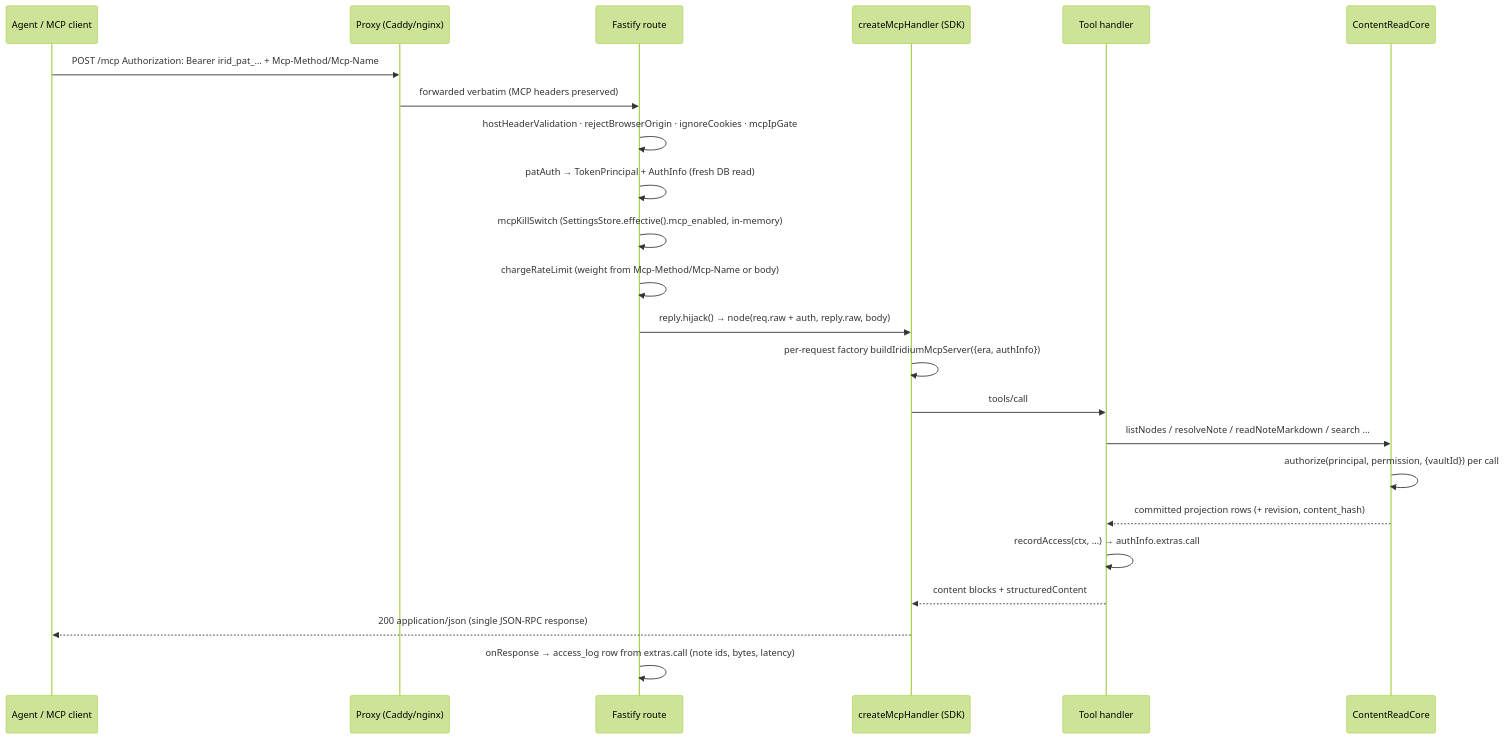
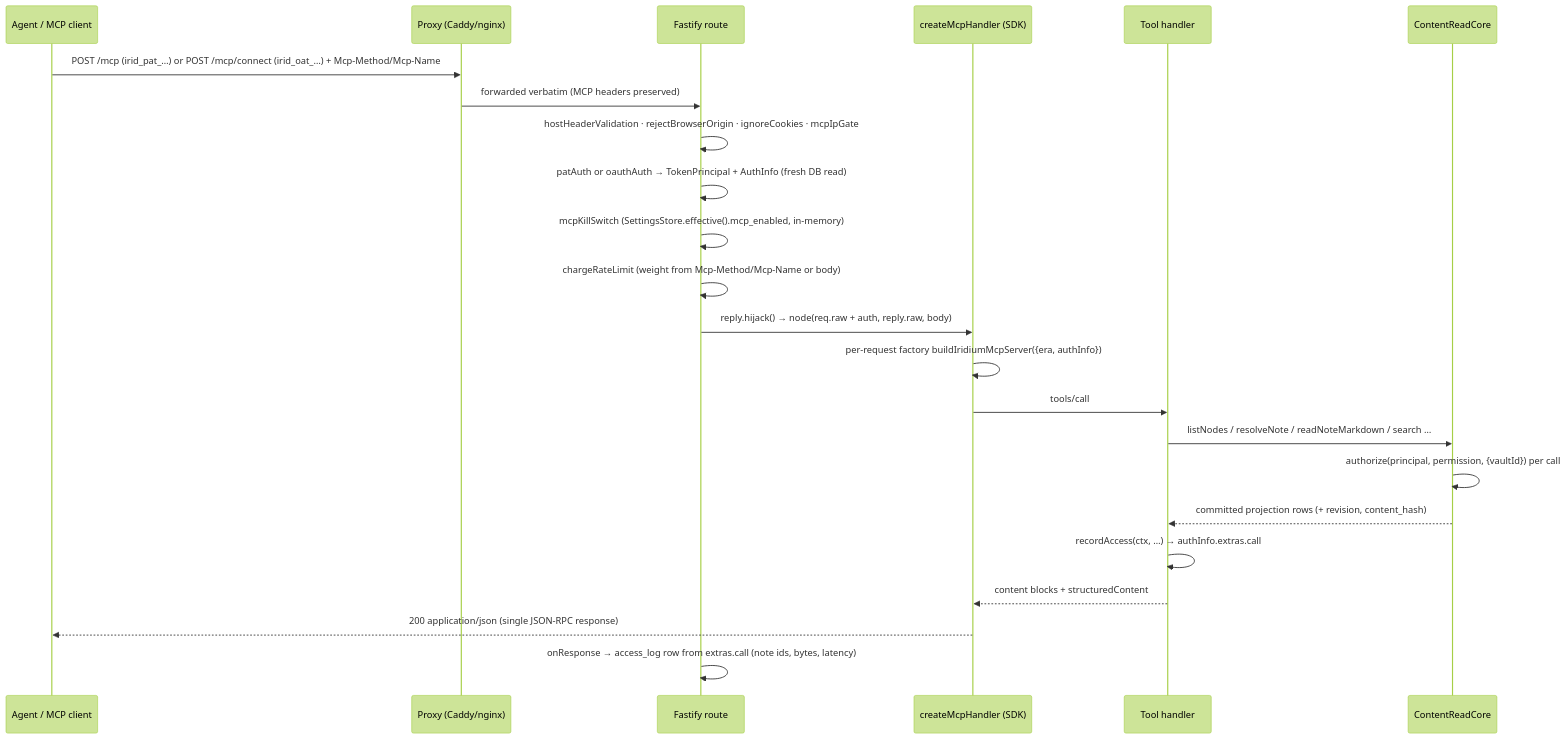
One commit to Mythikos/iridium changed the third of 4 diagrams in docs/plan/06-mcp-and-agent-access.md. Above: the diagram before and after it, drawn with Mermaid (forest theme). The commit also changed other lines of this file and 15 other files, not shown here.

````diff
--- a/docs/plan/06-mcp-and-agent-access.md
+++ b/docs/plan/06-mcp-and-agent-access.md
@@ -467,25 +628,25 @@
 ```mermaid
 sequenceDiagram
   participant A as Agent / MCP client
   participant P as Proxy (Caddy/nginx)
   participant F as Fastify route
   participant H as createMcpHandler (SDK)
   participant T as Tool handler
   participant C as ContentReadCore
-  A->>P: POST /mcp  Authorization: Bearer irid_pat_… + Mcp-Method/Mcp-Name
+  A->>P: POST /mcp (irid_pat_…) or POST /mcp/connect (irid_oat_…) + Mcp-Method/Mcp-Name
   P->>F: forwarded verbatim (MCP headers preserved)
   F->>F: hostHeaderValidation · rejectBrowserOrigin · ignoreCookies · mcpIpGate
-  F->>F: patAuth → TokenPrincipal + AuthInfo (fresh DB read)
+  F->>F: patAuth or oauthAuth → TokenPrincipal + AuthInfo (fresh DB read)
   F->>F: mcpKillSwitch (SettingsStore.effective().mcp_enabled, in-memory)
   F->>F: chargeRateLimit (weight from Mcp-Method/Mcp-Name or body)
   F->>H: reply.hijack() → node(req.raw + auth, reply.raw, body)
   H->>H: per-request factory buildIridiumMcpServer({era, authInfo})
   H->>T: tools/call
   T->>C: listNodes / resolveNote / readNoteMarkdown / search …
   C->>C: authorize(principal, permission, {vaultId}) per call
   C-->>T: committed projection rows (+ revision, content_hash)
   T->>T: recordAccess(ctx, …) → authInfo.extras.call
   T-->>H: content blocks + structuredContent
   H-->>A: 200 application/json (single JSON-RPC response)
   F->>F: onResponse → access_log row from extras.call (note ids, bytes, latency)
 ```
````
